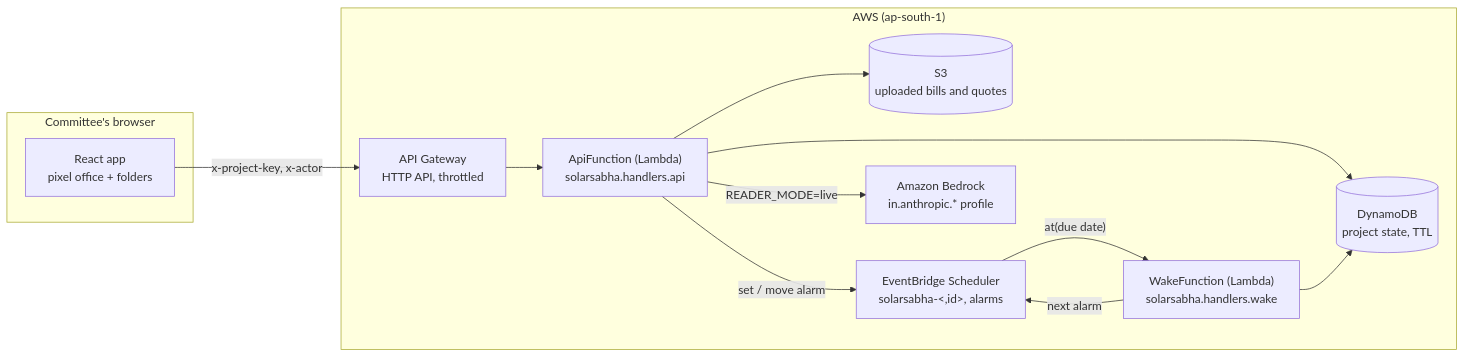
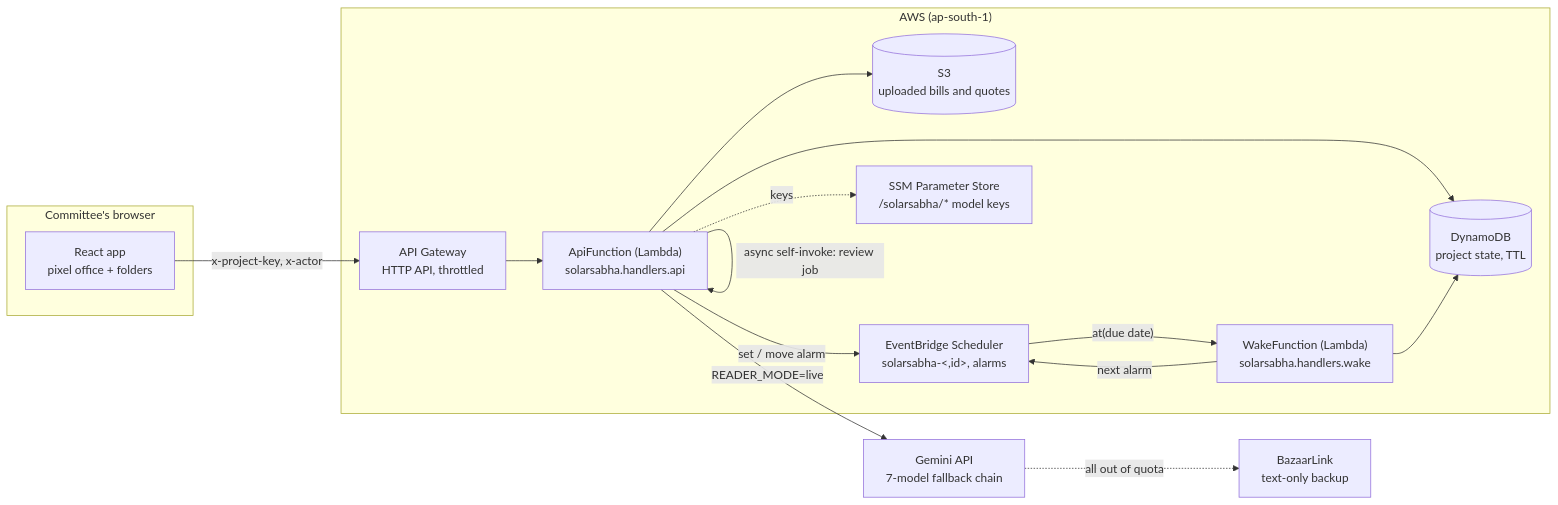
Before and after one commit to kh-bikash/solarsabha: the first of 7 diagrams in docs/ARCHITECTURE.md, drawn with Mermaid. The commit also changed other lines of this file and 29 other files, not shown here.

````diff
--- a/docs/ARCHITECTURE.md
+++ b/docs/ARCHITECTURE.md
@@ -5,22 +5,27 @@
 ```mermaid
 flowchart LR
   subgraph Browser["Committee's browser"]
     UI["React app<br/>pixel office + folders"]
   end
   subgraph AWS["AWS (ap-south-1)"]
     APIGW["API Gateway<br/>HTTP API, throttled"]
     API["ApiFunction (Lambda)<br/>solarsabha.handlers.api"]
     WAKE["WakeFunction (Lambda)<br/>solarsabha.handlers.wake"]
     DDB[("DynamoDB<br/>project state, TTL")]
     S3[("S3<br/>uploaded bills and quotes")]
     SCHED["EventBridge Scheduler<br/>solarsabha-&lt,id&gt, alarms"]
-    BR["Amazon Bedrock<br/>in.anthropic.* profile"]
+    SSM["SSM Parameter Store<br/>/solarsabha/* model keys"]
   end
+  GEM["Gemini API<br/>7-model fallback chain"]
+  BAK["BazaarLink<br/>text-only backup"]
   UI -- "x-project-key, x-actor" --> APIGW --> API
   API --> DDB
   API --> S3
-  API -- "READER_MODE=live" --> BR
+  API -. "keys" .-> SSM
+  API -- "async self-invoke: review job" --> API
+  API -- "READER_MODE=live" --> GEM
+  GEM -. "all out of quota" .-> BAK
   API -- "set / move alarm" --> SCHED
   SCHED -- "at(due date)" --> WAKE --> DDB
   WAKE -- "next alarm" --> SCHED
 ```
````
